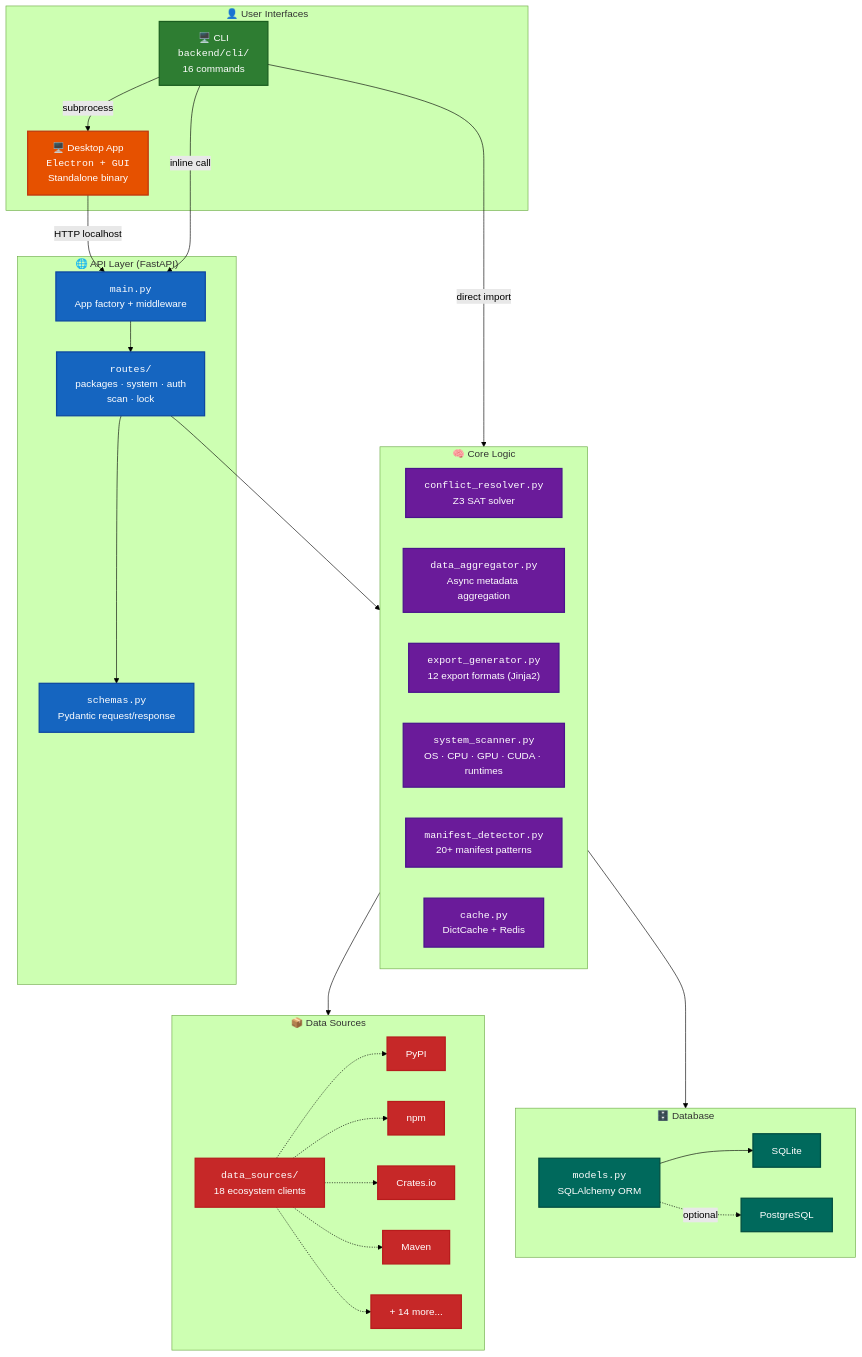
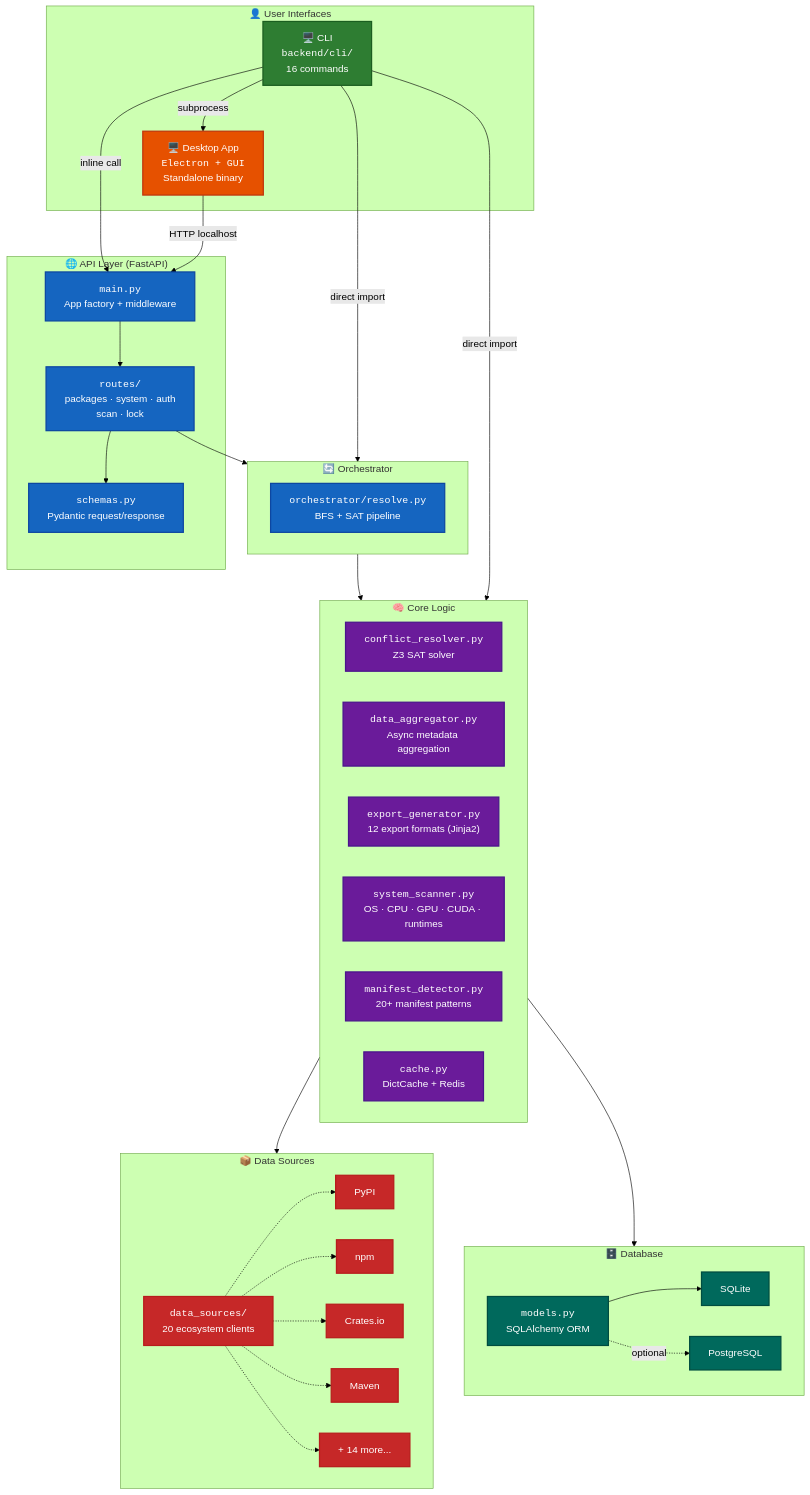
One commit to code-with-zeeshan/universal-dependency-resolver changed the first of 3 diagrams in docs/ARCHITECTURE.md. Above: the diagram before and after it, drawn with Mermaid (forest theme). The commit also changed other lines of this file and 60 other files, not shown here.

````diff
--- a/docs/ARCHITECTURE.md
+++ b/docs/ARCHITECTURE.md
@@ -3,61 +3,67 @@
 ```mermaid
 graph TB
     subgraph UserLayer["👤 User Interfaces"]
         CLI["🖥️ CLI<br/><code>backend/cli/</code><br/>16 commands"]:::cli
         DESKTOP["🖥️ Desktop App<br/><code>Electron + GUI</code><br/>Standalone binary"]:::desktop
     end
 
     subgraph APILayer["🌐 API Layer (FastAPI)"]
         API_MAIN["<code>main.py</code><br/>App factory + middleware"]:::api
         ROUTES["<code>routes/</code><br/>packages · system · auth<br/>scan · lock"]:::api
         SCHEMAS["<code>schemas.py</code><br/>Pydantic request/response"]:::api
     end
 
+    subgraph OrchestratorLayer["🔄 Orchestrator"]
+        ORCH["<code>orchestrator/resolve.py</code><br/>BFS + SAT pipeline"]:::api
+    end
+
     subgraph CoreLayer["🧠 Core Logic"]
         CR["<code>conflict_resolver.py</code><br/>Z3 SAT solver"]:::core
         DA["<code>data_aggregator.py</code><br/>Async metadata aggregation"]:::core
         EG["<code>export_generator.py</code><br/>12 export formats (Jinja2)"]:::core
         SS["<code>system_scanner.py</code><br/>OS · CPU · GPU · CUDA · runtimes"]:::core
         MD["<code>manifest_detector.py</code><br/>20+ manifest patterns"]:::core
         CACHE["<code>cache.py</code><br/>DictCache + Redis"]:::core
     end
 
     subgraph DataLayer["📦 Data Sources"]
-        DS_CLIENTS["<code>data_sources/</code><br/>18 ecosystem clients"]:::data
+        DS_CLIENTS["<code>data_sources/</code><br/>20 ecosystem clients"]:::data
         PYPI["PyPI"]:::data
         NPM["npm"]:::data
         CRATES["Crates.io"]:::data
         MAVEN["Maven"]:::data
         MORE["+ 14 more..."]:::data
     end
 
     subgraph DBLayer["🗄️ Database"]
         MODELS["<code>models.py</code><br/>SQLAlchemy ORM"]:::db
         SQLITE["SQLite"]:::db
         PG["PostgreSQL"]:::db
     end
 
     CLI -->|"subprocess"| DESKTOP
     DESKTOP -->|"HTTP localhost"| API_MAIN
     CLI -->|"inline call"| API_MAIN
     CLI -->|"direct import"| CoreLayer
     API_MAIN --> ROUTES
     ROUTES --> SCHEMAS
-    ROUTES --> CoreLayer
+    CLI -->|"direct import"| OrchestratorLayer
+    ROUTES --> OrchestratorLayer
+    OrchestratorLayer --> CoreLayer
     CoreLayer --> DataLayer
     CoreLayer --> DBLayer
     DS_CLIENTS -.-> PYPI
     DS_CLIENTS -.-> NPM
     DS_CLIENTS -.-> CRATES
     DS_CLIENTS -.-> MAVEN
     DS_CLIENTS -.-> MORE
     MODELS --> SQLITE
     MODELS -.->|"optional"| PG
 
     classDef cli fill:#2e7d32,color:#fff,stroke:#1b5e20,stroke-width:2px
     classDef desktop fill:#e65100,color:#fff,stroke:#bf360c,stroke-width:2px
     classDef api fill:#1565c0,color:#fff,stroke:#0d47a1,stroke-width:2px
     classDef core fill:#6a1b9a,color:#fff,stroke:#4a148c,stroke-width:2px
     classDef data fill:#c62828,color:#fff,stroke:#b71c1c,stroke-width:2px
     classDef db fill:#00695c,color:#fff,stroke:#004d40,stroke-width:2px
 ```
````
